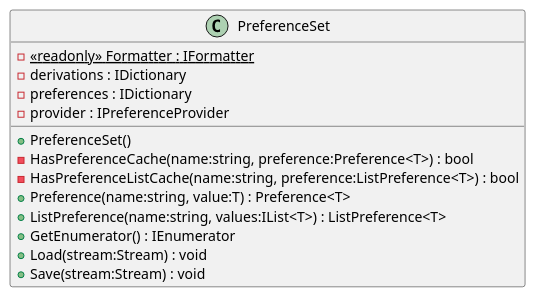
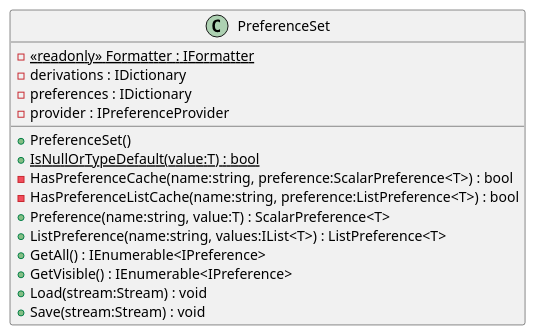
Before and after one commit to Louis9902/Sosse19-SE: the diagram in Diagramme/Klassen/TinyTasksKit/Worker/Preferences/PreferenceSet.puml, drawn with PlantUML. The commit also changed 42 other files, not shown here.

Commit message:
some cleanup of the codebase and an update for the class diagrams This will resolve #6

```diff
--- a/Diagramme/Klassen/TinyTasksKit/Worker/Preferences/PreferenceSet.puml
+++ b/Diagramme/Klassen/TinyTasksKit/Worker/Preferences/PreferenceSet.puml
@@ -1,16 +1,18 @@
 @startuml
 class PreferenceSet {
     - {static} <<readonly>> Formatter : IFormatter
     - derivations : IDictionary
     - preferences : IDictionary
     - provider : IPreferenceProvider
     + PreferenceSet()
-    - HasPreferenceCache(name:string, preference:Preference<T>) : bool
+    + {static} IsNullOrTypeDefault(value:T) : bool
+    - HasPreferenceCache(name:string, preference:ScalarPreference<T>) : bool
     - HasPreferenceListCache(name:string, preference:ListPreference<T>) : bool
-    + Preference(name:string, value:T) : Preference<T>
+    + Preference(name:string, value:T) : ScalarPreference<T>
     + ListPreference(name:string, values:IList<T>) : ListPreference<T>
-    + GetEnumerator() : IEnumerator
+    + GetAll() : IEnumerable<IPreference>
+    + GetVisible() : IEnumerable<IPreference>
     + Load(stream:Stream) : void
     + Save(stream:Stream) : void
 }
 @enduml
```
